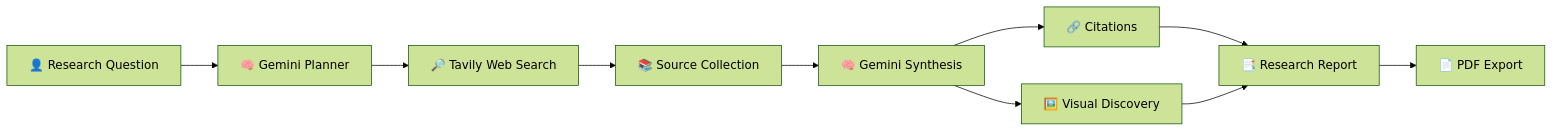
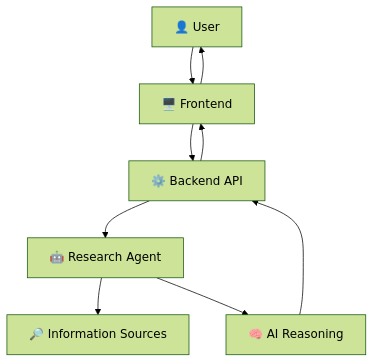
Before and after one commit to Priyanshu710-ui/AI-Research-Agent: the second of 4 diagrams in README.md, drawn with Mermaid (forest theme). The commit also changed other lines of this file, not shown here.

Commit message:
Redesign README with research architecture diagrams

````diff
--- a/README.md
+++ b/README.md
@@ -105,12 +18,9 @@
 ```mermaid
-flowchart LR
-    A[👤 Research Question] --> B[🧠 Gemini Planner]
-    B --> C[🔎 Tavily Web Search]
-    C --> D[📚 Source Collection]
-    D --> E[🧠 Gemini Synthesis]
-    E --> F[🔗 Citations]
-    E --> G[🖼️ Visual Discovery]
-    F --> H[📑 Research Report]
-    G --> H
-    H --> I[📄 PDF Export]
+flowchart TB
+    U[👤 User] --> F[🖥️ Frontend]
+    F --> B[⚙️ Backend API]
+    B --> AG[🤖 Research Agent]
+    AG --> SRC[🔎 Information Sources]
+    AG --> LLM[🧠 AI Reasoning]
+    LLM --> B --> F --> U
 ```
````
